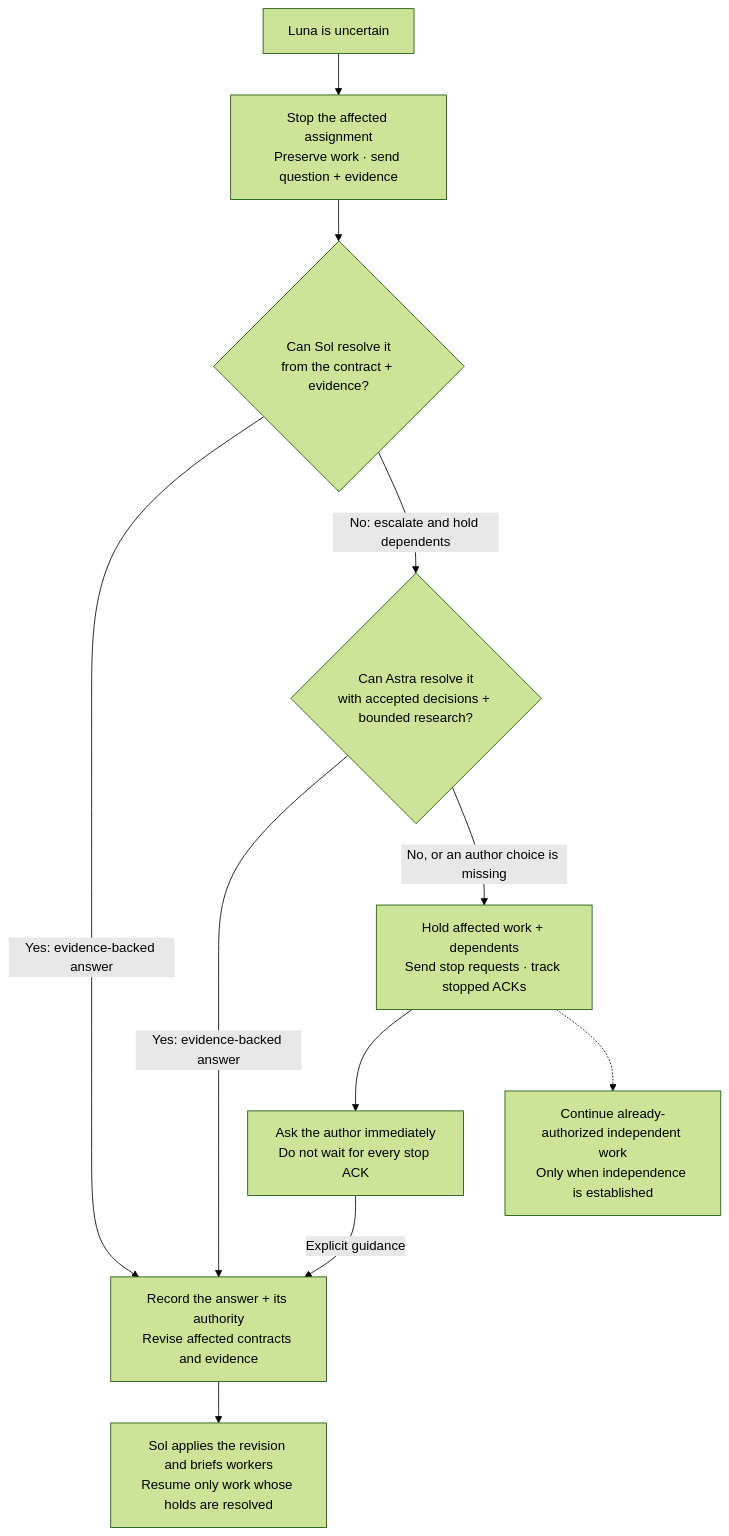
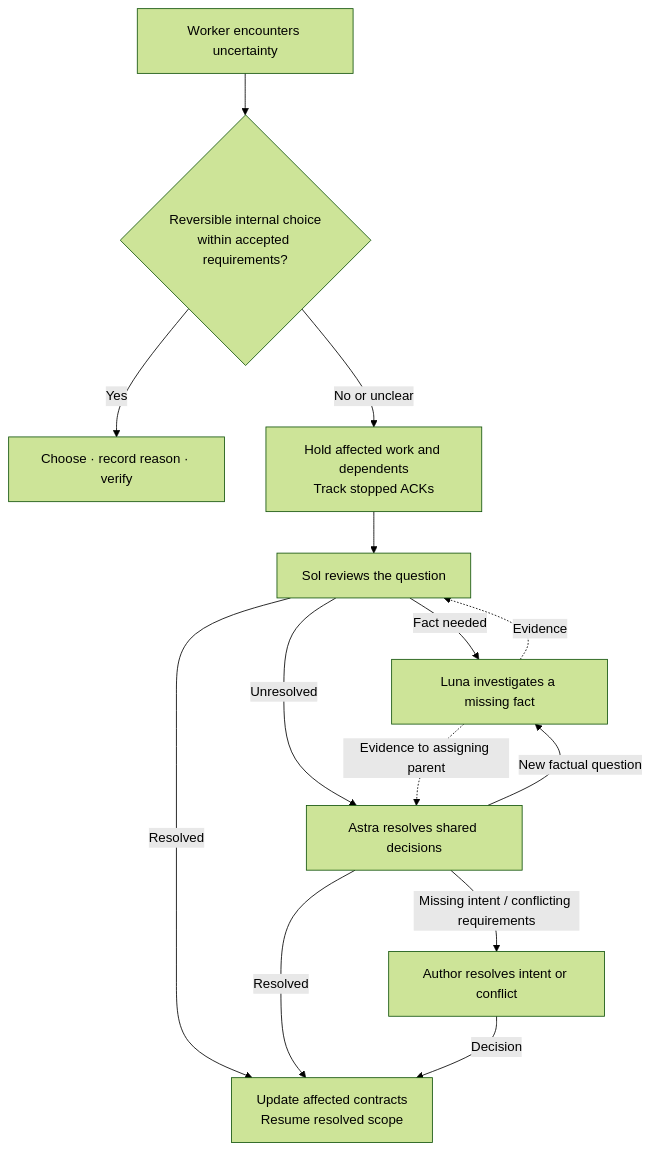
The second of 3 diagrams in docs/orchestrate-work.md (halkliff/halkliff-skills), drawn with Mermaid (forest theme) before and after one commit. The commit also changed other lines of this file and 18 other files, not shown here.

````diff
--- a/docs/orchestrate-work.md
+++ b/docs/orchestrate-work.md
@@ -46,22 +43,26 @@
 ```mermaid
 flowchart TB
-    doubt["Luna is uncertain"]
-    localHold["Stop the affected assignment<br/>Preserve work · send question + evidence"]
-    sol{"Can Sol resolve it<br/>from the contract + evidence?"}
-    astra{"Can Astra resolve it<br/>with accepted decisions + bounded research?"}
-    hold["Hold affected work + dependents<br/>Send stop requests · track stopped ACKs"]
-    author["Ask the author immediately<br/>Do not wait for every stop ACK"]
-    answer["Record the answer + its authority<br/>Revise affected contracts and evidence"]
-    resume["Sol applies the revision and briefs workers<br/>Resume only work whose holds are resolved"]
-    independent["Continue already-authorized independent work<br/>Only when independence is established"]
+    question["Worker encounters uncertainty"]
+    bounded{"Reversible internal choice<br/>within accepted requirements?"}
+    choose["Choose · record reason · verify"]
+    sol["Sol reviews the question"]
+    fact["Luna investigates a missing fact"]
+    astra["Astra resolves shared decisions"]
+    author["Author resolves intent or conflict"]
+    hold["Hold affected work and dependents<br/>Track stopped ACKs"]
+    resume["Update affected contracts<br/>Resume resolved scope"]
 
-    doubt --> localHold --> sol
-    sol -->|Yes: evidence-backed answer| answer
-    sol -->|No: escalate and hold dependents| astra
-    astra -->|Yes: evidence-backed answer| answer
-    astra -->|No, or an author choice is missing| hold
-    hold --> author
-    hold -.-> independent
-    author -->|Explicit guidance| answer
-    answer --> resume
+    question --> bounded
+    bounded -->|Yes| choose
+    bounded -->|No or unclear| hold
+    hold --> sol
+    sol -->|Fact needed| fact
+    fact -.->|Evidence| sol
+    sol -->|Resolved| resume
+    sol -->|Unresolved| astra
+    astra -->|New factual question| fact
+    fact -.->|Evidence to assigning parent| astra
+    astra -->|Resolved| resume
+    astra -->|Missing intent / conflicting requirements| author
+    author -->|Decision| resume
 ```
````
